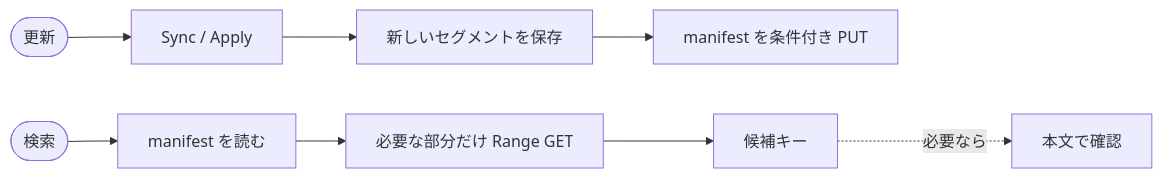
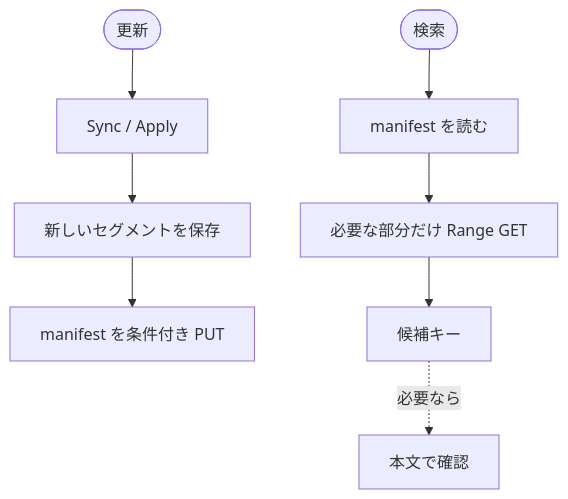
One commit to s4na/fts-go-s3 changed the first of 5 diagrams in README.md. Above: the diagram before and after it, drawn with Mermaid. The commit also changed other lines of this file, not shown here.

Commit message:
READMEの図を上から下に流れる向きにする

````diff
--- a/README.md
+++ b/README.md
@@ -164,10 +164,10 @@
 ```mermaid
-flowchart LR
+flowchart TB
     U1(["更新"]) --> U2["Sync / Apply"]
     U2 --> U3["新しいセグメントを保存"]
     U3 --> U4["manifest を条件付き PUT"]
     S1(["検索"]) --> S2["manifest を読む"]
     S2 --> S3["必要な部分だけ Range GET"]
     S3 --> S4["候補キー"]
     S4 -. 必要なら .-> S5["本文で確認"]
 ```
````
